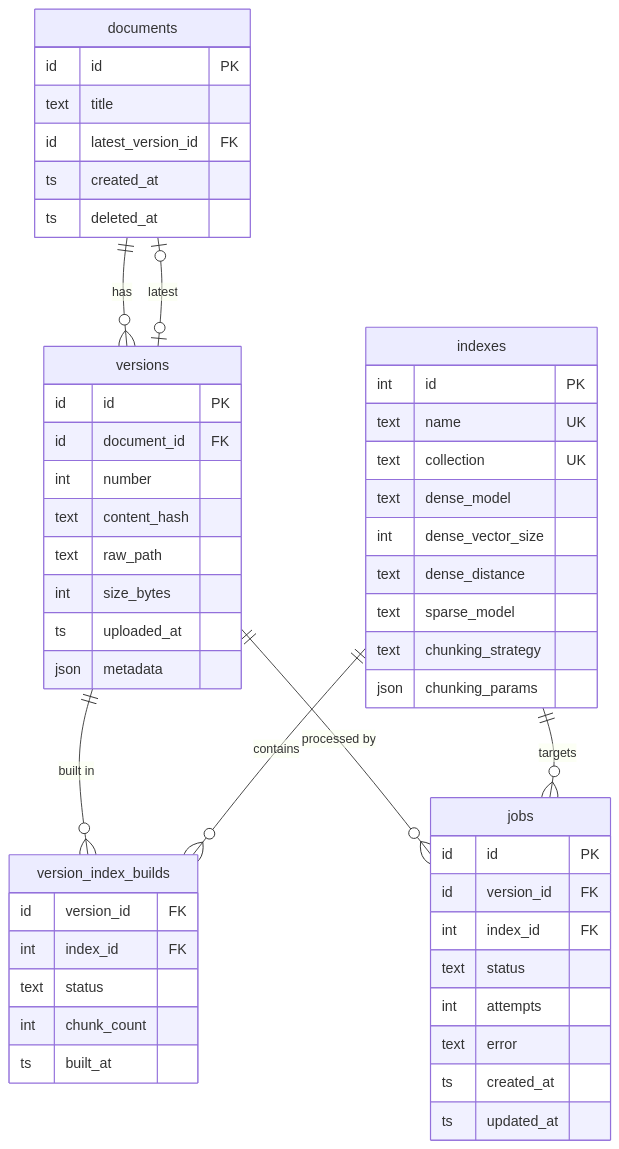
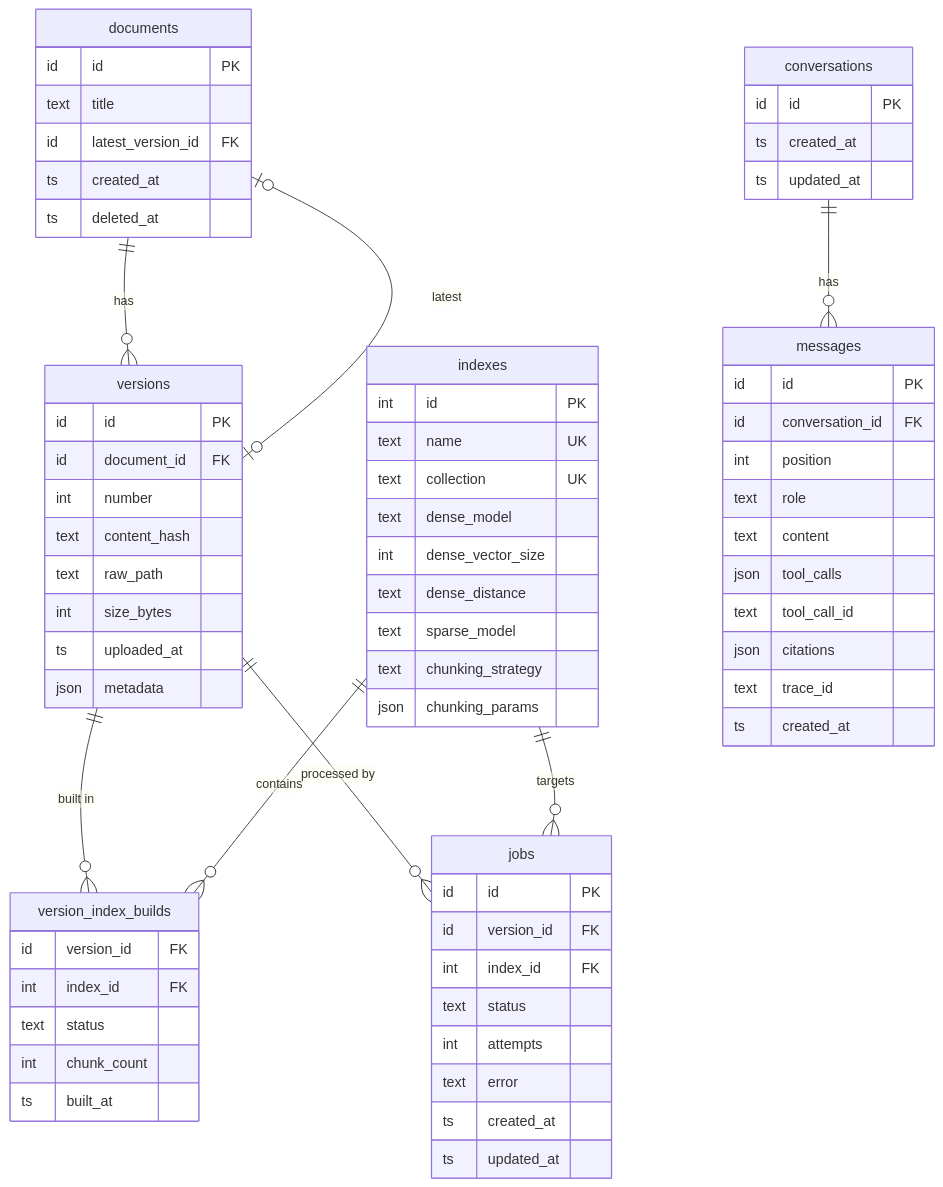
Before and after one commit to ZenbiteXYZ/rag-qa-system: the second of 5 diagrams in docs/ARCHITECTURE.md, drawn with Mermaid. The commit also changed other lines of this file and 1 other file, not shown here.

First line of the commit message:
docs: describe registry, conversations, pipeline state and agent plan

````diff
--- a/docs/ARCHITECTURE.md
+++ b/docs/ARCHITECTURE.md
@@ -89,55 +94,73 @@
 ```mermaid
 erDiagram
     documents ||--o{ versions : has
     documents |o--o| versions : latest
     versions ||--o{ version_index_builds : "built in"
     indexes ||--o{ version_index_builds : contains
     versions ||--o{ jobs : "processed by"
+    conversations ||--o{ messages : has
     indexes ||--o{ jobs : targets
 
     documents {
         id id PK
         text title
         id latest_version_id FK
         ts created_at
         ts deleted_at
     }
     versions {
         id id PK
         id document_id FK
         int number
         text content_hash
         text raw_path
         int size_bytes
         ts uploaded_at
         json metadata
     }
     indexes {
         int id PK
         text name UK
         text collection UK
         text dense_model
         int dense_vector_size
         text dense_distance
         text sparse_model
         text chunking_strategy
         json chunking_params
     }
     version_index_builds {
         id version_id FK
         int index_id FK
         text status
         int chunk_count
         ts built_at
     }
     jobs {
         id id PK
         id version_id FK
         int index_id FK
         text status
         int attempts
         text error
         ts created_at
         ts updated_at
     }
+    conversations {
+        id id PK
+        ts created_at
+        ts updated_at
+    }
+    messages {
+        id id PK
+        id conversation_id FK
+        int position
+        text role
+        text content
+        json tool_calls
+        text tool_call_id
+        json citations
+        text trace_id
+        ts created_at
+    }
 ```
````
